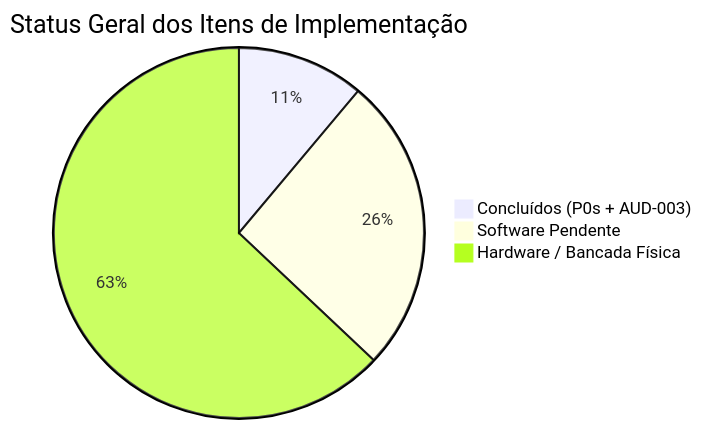
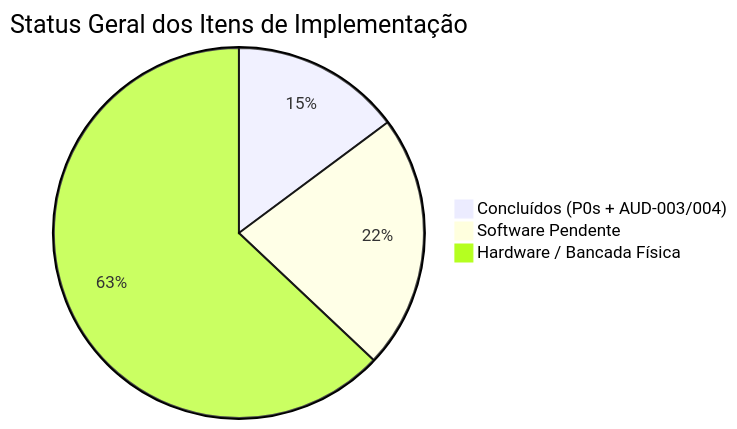
One commit to VitorMazziero/OpenTEC-Hub changed the first of 3 diagrams in Windows_app/docs/IMPLEMENTATION_STEPS.md. Above: the diagram before and after it, drawn with Mermaid. The commit also changed other lines of this file and 8 other files, not shown here.

````diff
--- a/Windows_app/docs/IMPLEMENTATION_STEPS.md
+++ b/Windows_app/docs/IMPLEMENTATION_STEPS.md
@@ -50,6 +50,6 @@
 ```mermaid
 pie title Status Geral dos Itens de Implementação
-    "Concluídos (P0s + AUD-003)" : 3
-    "Software Pendente" : 7
+    "Concluídos (P0s + AUD-003/004)" : 4
+    "Software Pendente" : 6
     "Hardware / Bancada Física" : 17
 ```
````
